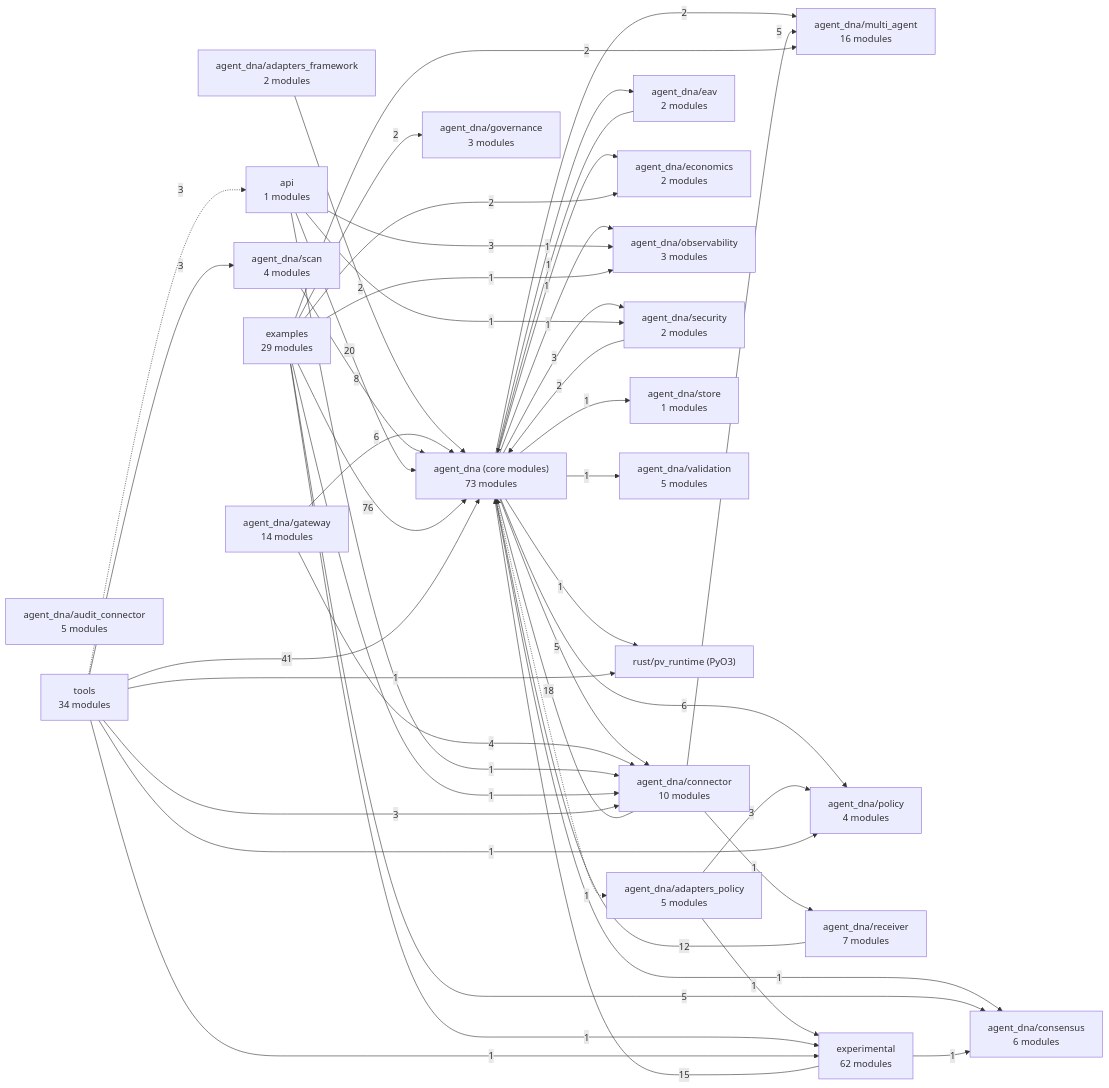
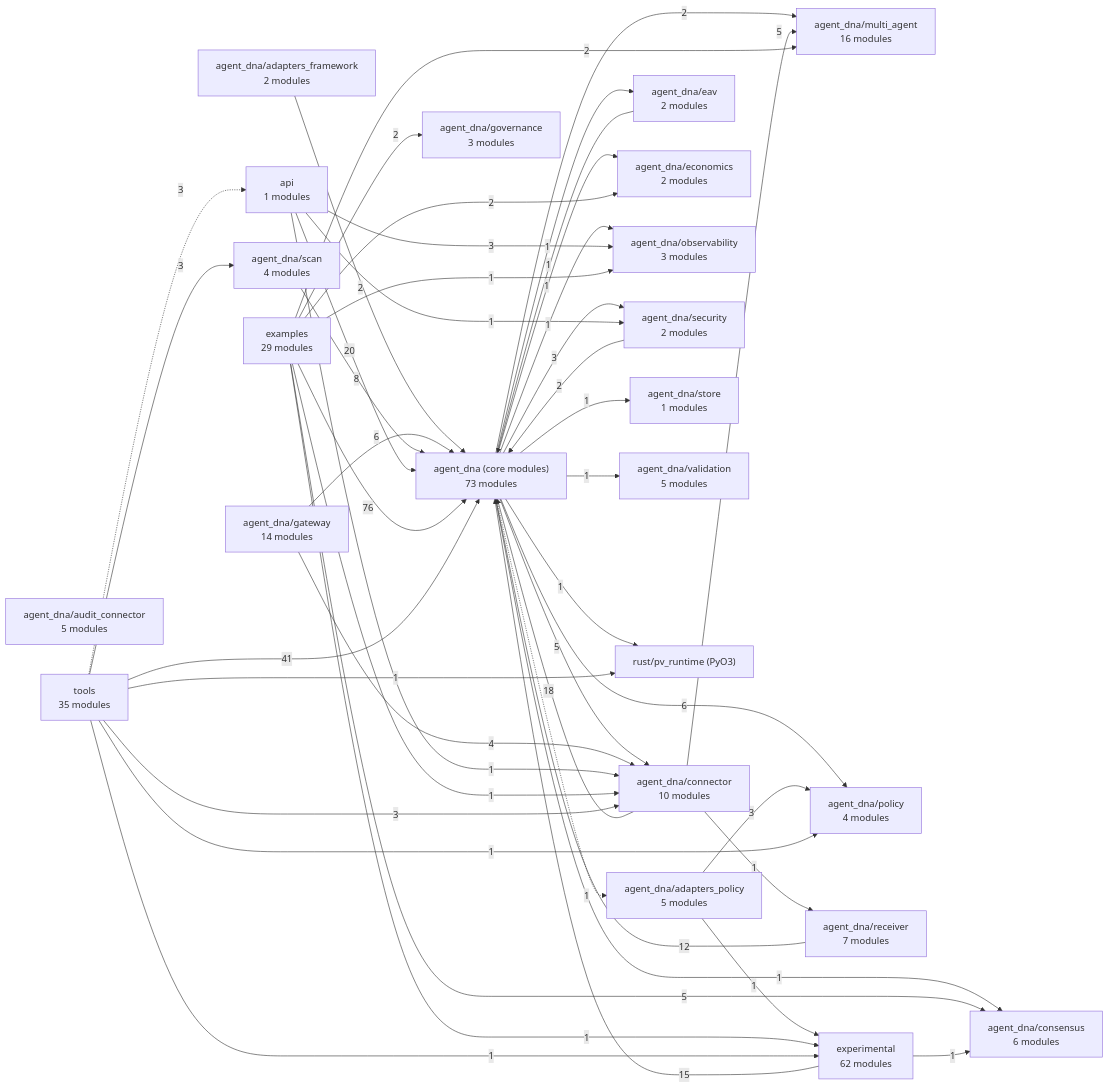
Before and after one commit to LOLA0786/privatevault-agent-dna: the diagram in docs/architecture/MAP.md, drawn with Mermaid. The commit also changed other lines of this file and 16 other files, not shown here.

First line of the commit message:
Structured documentation: architecture, flows, data, keys, dependencies (#157)

````diff
--- a/docs/architecture/MAP.md
+++ b/docs/architecture/MAP.md
@@ -7,71 +7,71 @@
 ```mermaid
 flowchart LR
   n0["agent_dna (core modules)<br/>73 modules"]
   n1["agent_dna/adapters_framework<br/>2 modules"]
   n2["agent_dna/adapters_policy<br/>5 modules"]
   n3["agent_dna/audit_connector<br/>5 modules"]
   n4["agent_dna/connector<br/>10 modules"]
   n5["agent_dna/consensus<br/>6 modules"]
   n6["agent_dna/eav<br/>2 modules"]
   n7["agent_dna/economics<br/>2 modules"]
   n8["agent_dna/gateway<br/>14 modules"]
   n9["agent_dna/governance<br/>3 modules"]
   n10["agent_dna/multi_agent<br/>16 modules"]
   n11["agent_dna/observability<br/>3 modules"]
   n12["agent_dna/policy<br/>4 modules"]
   n13["agent_dna/receiver<br/>7 modules"]
   n14["agent_dna/scan<br/>4 modules"]
   n15["agent_dna/security<br/>2 modules"]
   n16["agent_dna/store<br/>1 modules"]
   n17["agent_dna/validation<br/>5 modules"]
   n18["api<br/>1 modules"]
   n19["examples<br/>29 modules"]
   n20["experimental<br/>62 modules"]
   n21["rust/pv_runtime (PyO3)"]
-  n22["tools<br/>34 modules"]
+  n22["tools<br/>35 modules"]
   n0 -.->|1| n2
   n0 -->|5| n4
   n0 -->|1| n5
   n0 -->|1| n6
   n0 -->|1| n7
   n0 -->|2| n10
   n0 -->|1| n11
   n0 -->|6| n12
   n0 -->|3| n15
   n0 -->|1| n16
   n0 -->|1| n17
   n0 -->|1| n21
   n1 -->|2| n0
   n2 -->|3| n12
   n2 -->|1| n20
   n4 -->|18| n0
   n4 -->|5| n10
   n4 -->|1| n13
   n6 -->|1| n0
   n8 -->|6| n0
   n8 -->|4| n4
   n13 -->|12| n0
   n14 -->|8| n0
   n15 -->|2| n0
   n18 -->|20| n0
   n18 -->|1| n4
   n18 -->|3| n11
   n18 -->|1| n15
   n19 -->|76| n0
   n19 -->|1| n4
   n19 -->|5| n5
   n19 -->|2| n7
   n19 -->|2| n9
   n19 -->|2| n10
   n19 -->|1| n11
   n19 -->|1| n20
   n20 -->|15| n0
   n20 -->|1| n5
   n22 -->|41| n0
   n22 -->|3| n4
   n22 -->|1| n12
   n22 -->|3| n14
   n22 -.->|3| n18
   n22 -->|1| n20
   n22 -->|1| n21
 ```
````
